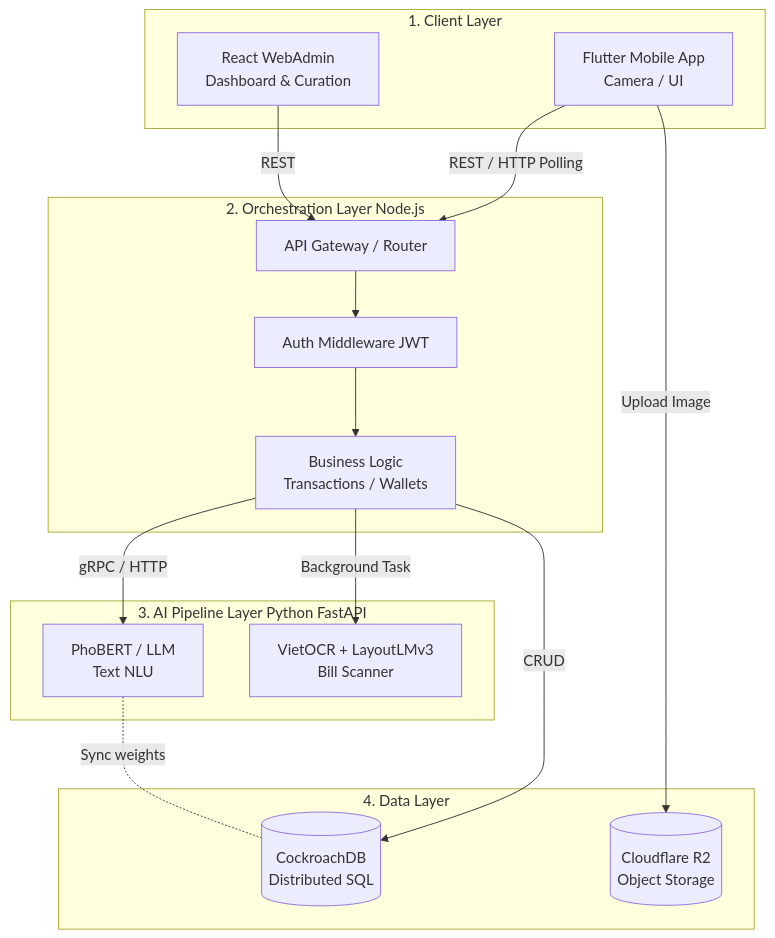
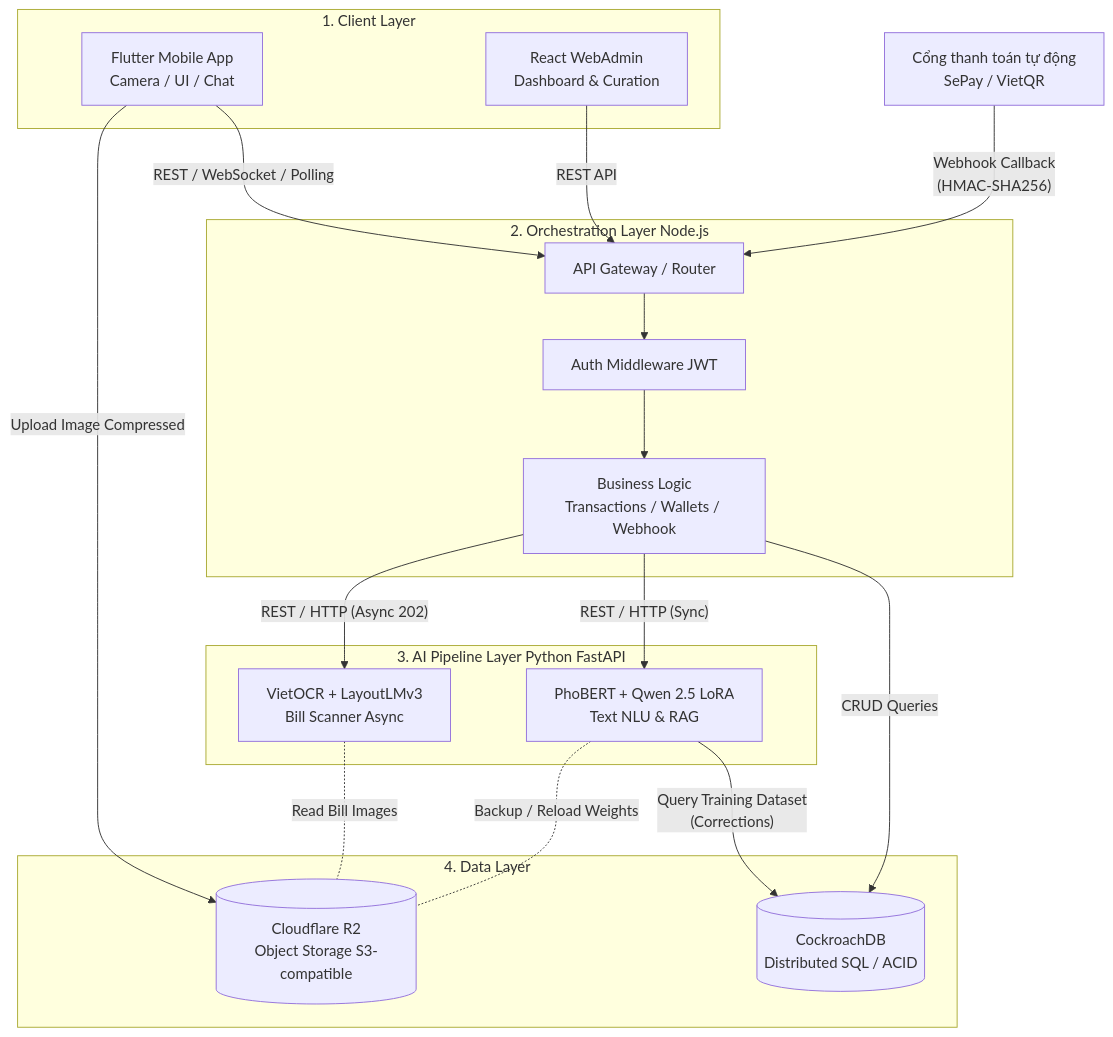
Before and after one commit to maikhang160504/spending-diary: the second of 10 diagrams in Luan_van_Hoan_chinh.md, drawn with Mermaid. The commit also changed other lines of this file and 18 other files, not shown here.

Commit message:
docs: expand thesis chapters, add architecture diagrams, and compile literature summaries

````diff
--- a/Luan_van_Hoan_chinh.md
+++ b/Luan_van_Hoan_chinh.md
@@ -245,40 +644,48 @@
 ```mermaid
 flowchart TD
+    %% External Gateway
+    SePay[Cổng thanh toán tự động\nSePay / VietQR]
+
     %% Client Layer
     subgraph ClientLayer [1. Client Layer]
-        App[Flutter Mobile App\nCamera / UI]
+        App[Flutter Mobile App\nCamera / UI / Chat]
         Web[React WebAdmin\nDashboard & Curation]
     end
 
     %% Orchestration Layer
     subgraph BackendLayer [2. Orchestration Layer Node.js]
         API[API Gateway / Router]
         Auth[Auth Middleware JWT]
-        Logic[Business Logic\nTransactions / Wallets]
+        Logic[Business Logic\nTransactions / Wallets / Webhook]
         API --> Auth
         Auth --> Logic
     end
 
     %% AI Pipeline Layer
     subgraph AILayer [3. AI Pipeline Layer Python FastAPI]
-        NLU[PhoBERT / LLM\nText NLU]
-        OCR[VietOCR + LayoutLMv3\nBill Scanner]
+        NLU[PhoBERT + Qwen 2.5 LoRA\nText NLU & RAG]
+        OCR[VietOCR + LayoutLMv3\nBill Scanner Async]
     end
 
     %% Data Layer
     subgraph DataLayer [4. Data Layer]
-        DB[(CockroachDB\nDistributed SQL)]
-        R2[(Cloudflare R2\nObject Storage)]
+        DB[(CockroachDB\nDistributed SQL / ACID)]
+        R2[(Cloudflare R2\nObject Storage S3-compatible)]
     end
 
-    %% Connections
-    App -- "REST / HTTP Polling" --> API
-    Web -- "REST" --> API
-    App -- "Upload Image" --> R2
+    %% Client & Gateway Connections
+    App -- "REST / WebSocket / Polling" --> API
+    Web -- "REST API" --> API
+    App -- "Upload Image Compressed" --> R2
+    SePay -- "Webhook Callback\n(HMAC-SHA256)" --> API
     
-    Logic -- "CRUD" --> DB
-    Logic -- "gRPC / HTTP" --> NLU
-    Logic -- "Background Task" --> OCR
+    %% Internal Microservices Connections
+    Logic -- "CRUD Queries" --> DB
+    Logic -- "REST / HTTP (Sync)" --> NLU
+    Logic -- "REST / HTTP (Async 202)" --> OCR
     
-    NLU -. "Sync weights" .- DB
+    %% AI Training & Storage Connections
+    NLU -- "Query Training Dataset\n(Corrections)" --> DB
+    OCR -. "Read Bill Images" .- R2
+    NLU -. "Backup / Reload Weights" .- R2
 ```
````
